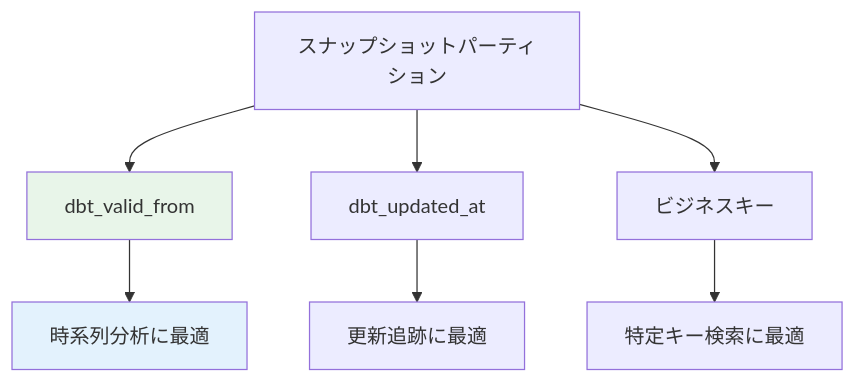
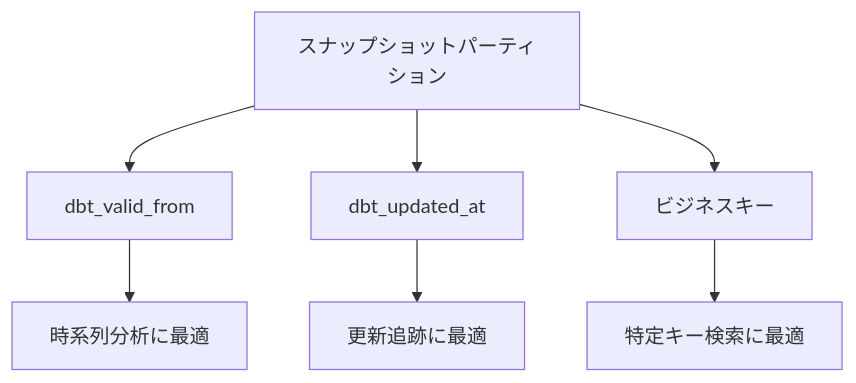
Diagram 12 of 14 in content/Tech/dbt/categories/snapshot-config.md (1210yuichi0/1210yuichi0.github.io), drawn with Mermaid before and after one commit. The commit also changed other lines of this file and 22 other files, not shown here.

First line of the commit message:
style: remove Mermaid style directives for dark mode compatibility

````diff
--- a/content/Tech/dbt/categories/snapshot-config.md
+++ b/content/Tech/dbt/categories/snapshot-config.md
@@ -1408,13 +1380,11 @@
 ```mermaid
 graph TB
     A[スナップショットパーティション] --> B[dbt_valid_from]
     A --> C[dbt_updated_at]
     A --> D[ビジネスキー]
 
     B --> E[時系列分析に最適]
     C --> F[更新追跡に最適]
     D --> G[特定キー検索に最適]
 
-    style B fill:#e8f5e9
-    style E fill:#e3f2fd
 ```
````
